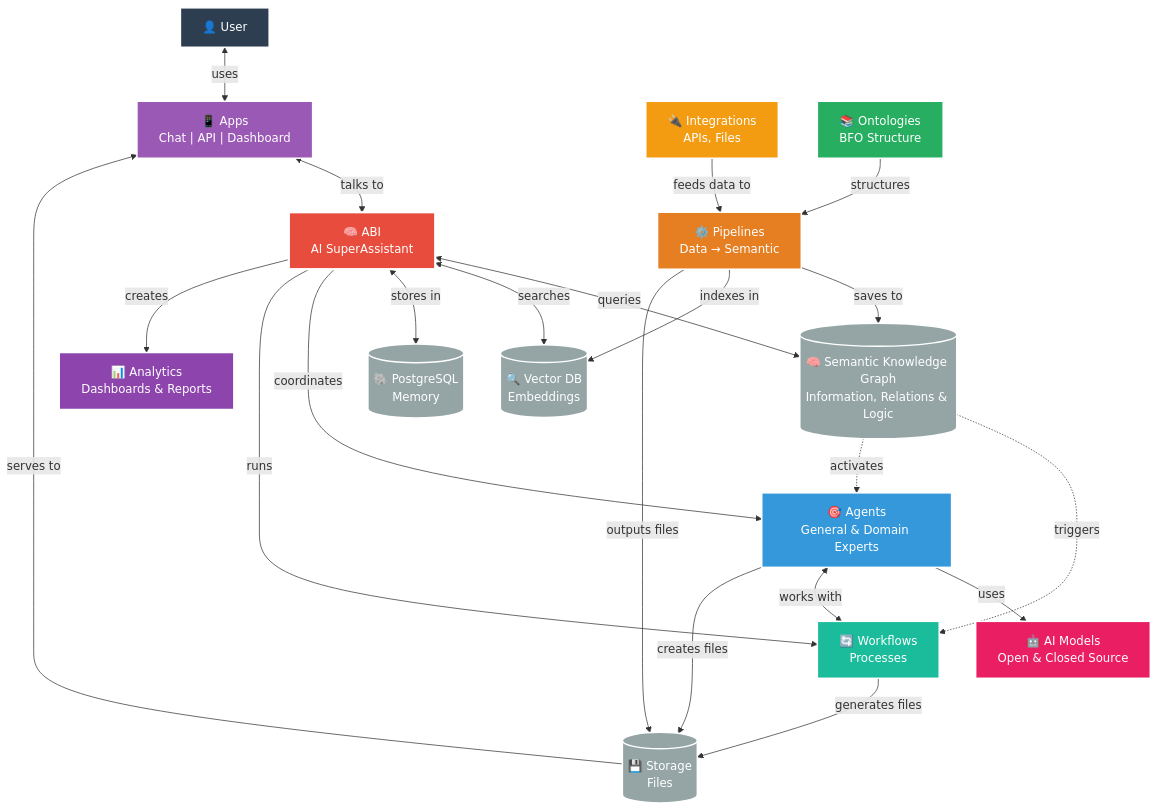
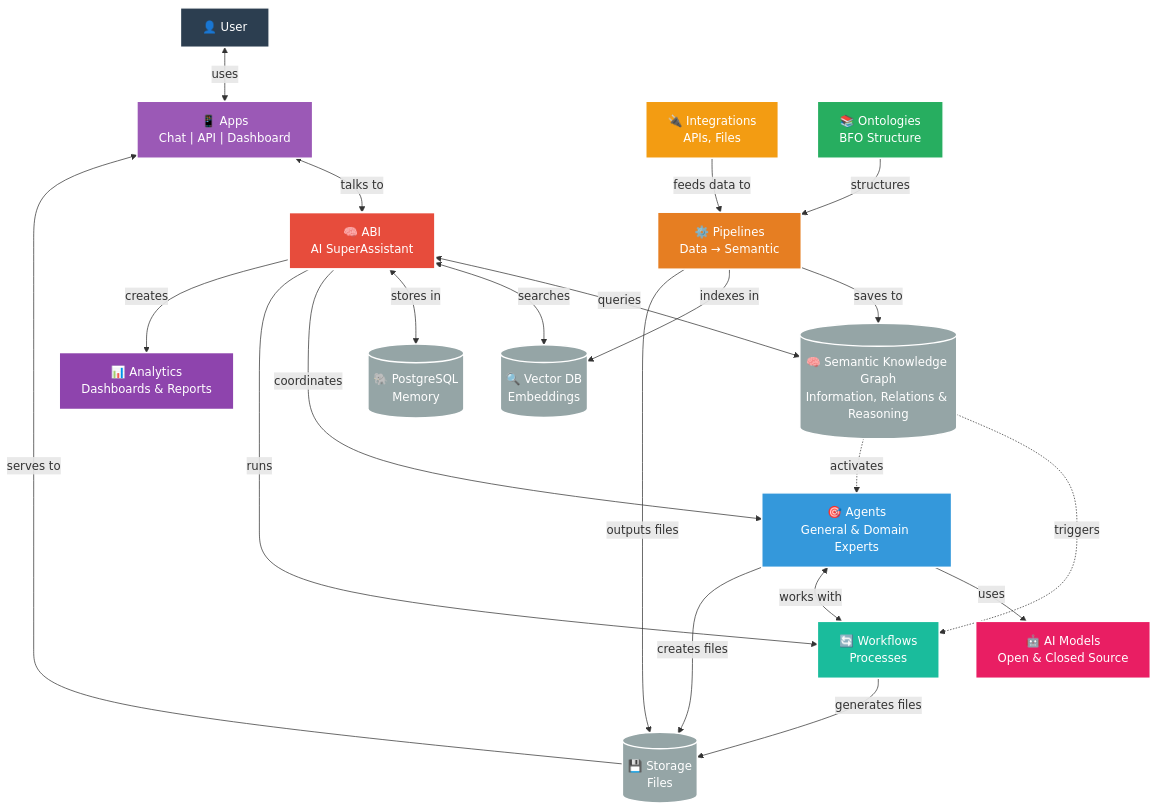
Before and after one commit to jupyter-naas/abi: the diagram in README.md, drawn with Mermaid.

Commit message:
Align mermaid diagram with reasoning theme: Logic → Reasoning
- Update semantic knowledge graph description from 'Logic' to 'Reasoning'
- Maintain consistency with 'Freedom to Reason' positioning
- Better reflects BFO/SKG capabilities for dynamic reasoning vs static logic
- Aligns technical architecture with philosophical messaging

````diff
--- a/README.md
+++ b/README.md
@@ -33,60 +33,60 @@
 ```mermaid
 graph TD
     %% === USER INTERACTION LAYER ===
     USER["👤 User"] <-->|"uses"| APPS["📱 Apps<br/>Chat | API | Dashboard"]
     APPS <-->|"talks to"| ABI["🧠 ABI<br/>AI SuperAssistant"]
     
     %% === CORE INTELLIGENCE ===
-    ABI <-->|"queries"| OXIGRAPH[("🧠 Semantic Knowledge Graph<br/>Information, Relations & Logic")]
+    ABI <-->|"queries"| OXIGRAPH[("🧠 Semantic Knowledge Graph<br/>Information, Relations & Reasoning")]
     ABI <-->|"searches"| VECTORDB[("🔍 Vector DB<br/>Embeddings")]
     ABI <-->|"stores in"| POSTGRES[("🐘 PostgreSQL<br/>Memory")]
     
     %% === EXECUTION LAYER ===
     ABI -->|"coordinates"| AGENTS["🎯 Agents<br/>General & Domain Experts"]
     ABI -->|"runs"| WORKFLOWS["🔄 Workflows<br/>Processes"] 
     ABI -->|"creates"| ANALYTICS["📊 Analytics<br/>Dashboards & Reports"]
     
     AGENTS -->|"uses"| MODELS["🤖 AI Models<br/>Open & Closed Source"]
     AGENTS <-->|"works with"| WORKFLOWS
     
     %% === DATA PIPELINE ===
     INTEGRATIONS["🔌 Integrations<br/>APIs, Files"] -->|"feeds data to"| PIPELINES["⚙️ Pipelines<br/>Data → Semantic"]
     ONTOLOGIES["📚 Ontologies<br/>BFO Structure"] -->|"structures"| PIPELINES
     PIPELINES -->|"saves to"| OXIGRAPH
     PIPELINES -->|"indexes in"| VECTORDB
     
     %% === KINETIC ACTIONS ===
     OXIGRAPH -.->|"triggers"| WORKFLOWS
     OXIGRAPH -.->|"activates"| AGENTS
     
     %% === FILE GENERATION ===
     AGENTS -->|"creates files"| STORAGE[("💾 Storage<br/>Files")]
     WORKFLOWS -->|"generates files"| STORAGE
     PIPELINES -->|"outputs files"| STORAGE
     STORAGE -->|"serves to"| APPS
     
     %% === STYLING ===
     classDef user fill:#2c3e50,stroke:#fff,stroke-width:2px,color:#fff
     classDef abi fill:#e74c3c,stroke:#fff,stroke-width:3px,color:#fff
     classDef apps fill:#9b59b6,stroke:#fff,stroke-width:2px,color:#fff
     classDef agents fill:#3498db,stroke:#fff,stroke-width:2px,color:#fff
     classDef workflows fill:#1abc9c,stroke:#fff,stroke-width:2px,color:#fff
     classDef integrations fill:#f39c12,stroke:#fff,stroke-width:2px,color:#fff
     classDef ontologies fill:#27ae60,stroke:#fff,stroke-width:2px,color:#fff
     classDef pipelines fill:#e67e22,stroke:#fff,stroke-width:2px,color:#fff
     classDef analytics fill:#8e44ad,stroke:#fff,stroke-width:2px,color:#fff
     classDef models fill:#e91e63,stroke:#fff,stroke-width:2px,color:#fff
     classDef infrastructure fill:#95a5a6,stroke:#fff,stroke-width:2px,color:#fff
     
     class USER user
     class ABI abi
     class APPS apps
     class AGENTS agents
     class WORKFLOWS workflows
     class INTEGRATIONS integrations
     class ONTOLOGIES ontologies
     class PIPELINES pipelines
     class ANALYTICS analytics
     class MODELS models
     class OXIGRAPH,VECTORDB,POSTGRES,STORAGE infrastructure
 ```
````
